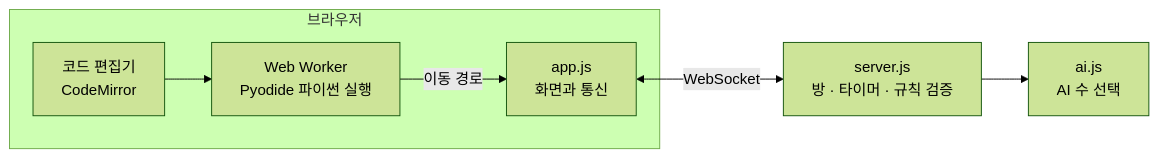
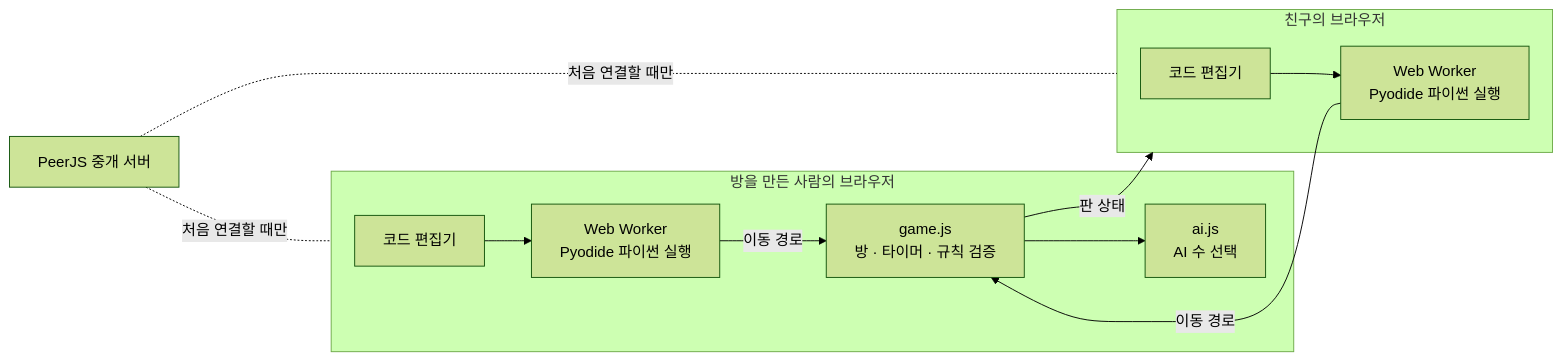
The diagram in README.md (kimmj1234/python-omok), drawn with Mermaid (forest theme) before and after one commit. The commit also changed other lines of this file and 10 other files, not shown here.

````diff
--- a/README.md
+++ b/README.md
@@ -57,9 +58,15 @@
 ```mermaid
 flowchart LR
-  subgraph 브라우저
-    A[코드 편집기<br/>CodeMirror] --> B[Web Worker<br/>Pyodide 파이썬 실행]
-    B -->|이동 경로| C[app.js<br/>화면과 통신]
+  subgraph A[방을 만든 사람의 브라우저]
+    E1[코드 편집기] --> W1[Web Worker<br/>Pyodide 파이썬 실행]
+    W1 -->|이동 경로| H[game.js<br/>방 · 타이머 · 규칙 검증]
+    H --> AI[ai.js<br/>AI 수 선택]
   end
-  C <-->|WebSocket| D[server.js<br/>방 · 타이머 · 규칙 검증]
-  D --> E[ai.js<br/>AI 수 선택]
+  subgraph B[친구의 브라우저]
+    E2[코드 편집기] --> W2[Web Worker<br/>Pyodide 파이썬 실행]
+  end
+  W2 -->|이동 경로| H
+  H -->|판 상태| B
+  P[PeerJS 중개 서버] -.처음 연결할 때만.- A
+  P -.처음 연결할 때만.- B
 ```
````
